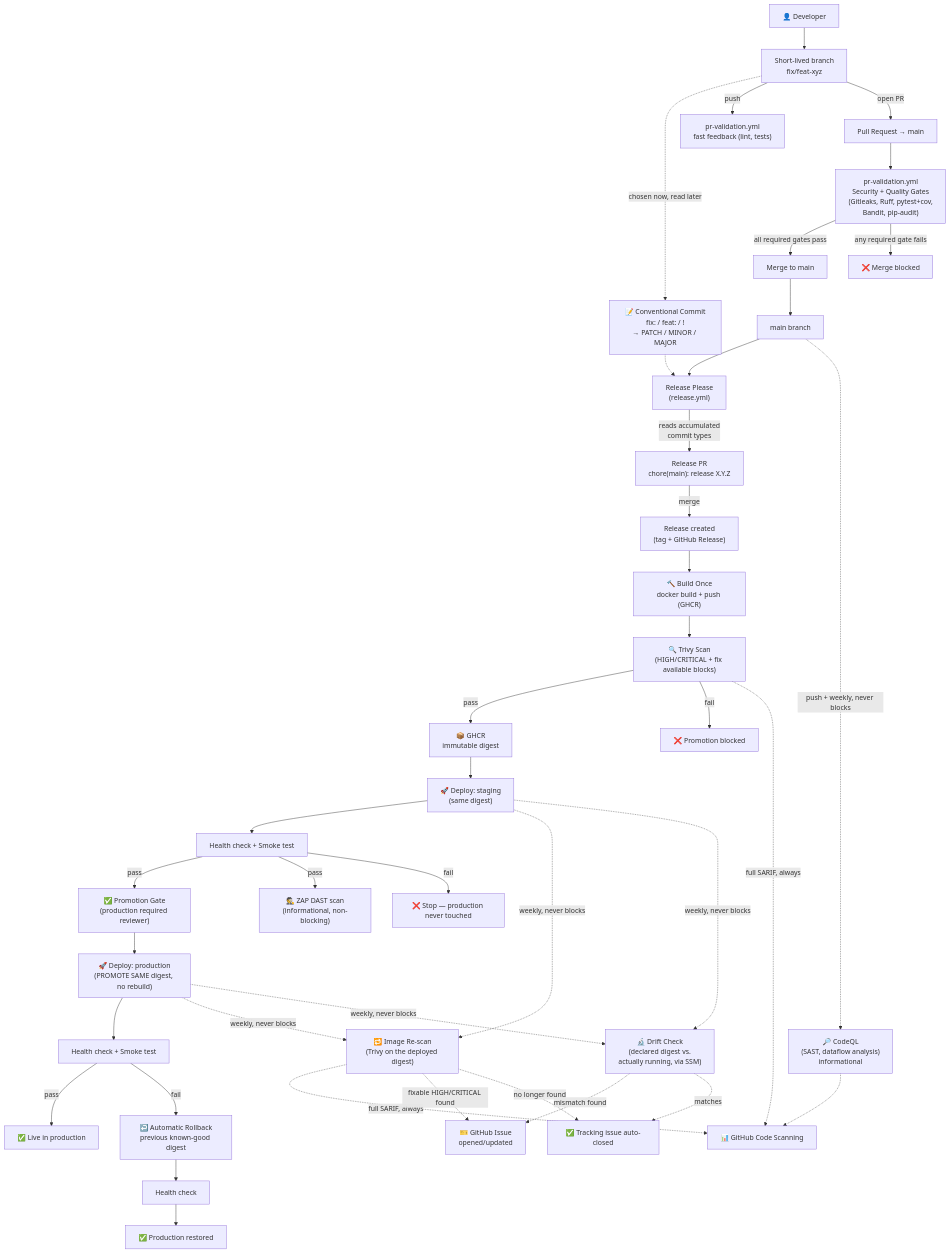
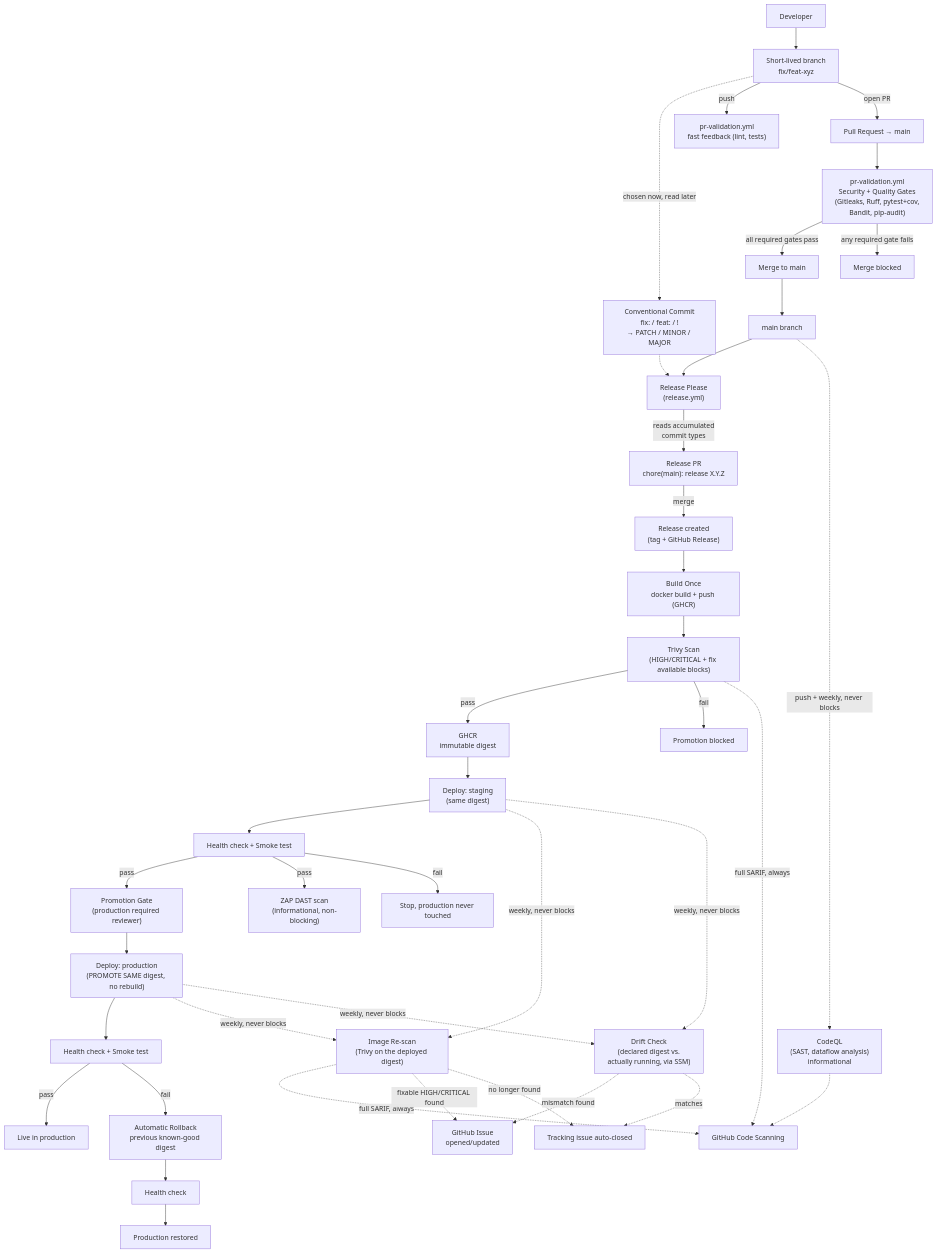
One commit to eazysec/cicd-devsecops-demo changed the diagram in docs/diagrams/pipeline.mmd. Above: the diagram before and after it, drawn with Mermaid. The commit also changed 3 other files, not shown here.

```diff
--- a/docs/diagrams/pipeline.mmd
+++ b/docs/diagrams/pipeline.mmd
@@ -1,43 +1,43 @@
 flowchart TD
-    Dev["👤 Developer"] --> Branch["Short-lived branch\nfix/feat-xyz"]
-    Branch -.->|chosen now, read later| CommitType["📝 Conventional Commit\nfix: / feat: / !\n→ PATCH / MINOR / MAJOR"]
+    Dev["Developer"] --> Branch["Short-lived branch\nfix/feat-xyz"]
+    Branch -.->|chosen now, read later| CommitType["Conventional Commit\nfix: / feat: / !\n→ PATCH / MINOR / MAJOR"]
     CommitType -.-> RP
     Branch -->|push| FastFeedback["pr-validation.yml\nfast feedback (lint, tests)"]
     Branch -->|open PR| PR["Pull Request → main"]
     PR --> Gates["pr-validation.yml\nSecurity + Quality Gates\n(Gitleaks, Ruff, pytest+cov,\nBandit, pip-audit)"]
     Gates -->|all required gates pass| Merge["Merge to main"]
-    Gates -->|any required gate fails| Blocked["❌ Merge blocked"]
+    Gates -->|any required gate fails| Blocked["Merge blocked"]
     Merge --> Main["main branch"]
     Main --> RP["Release Please\n(release.yml)"]
     RP -->|reads accumulated\ncommit types| ReleasePR["Release PR\nchore(main): release X.Y.Z"]
     ReleasePR -->|merge| Release["Release created\n(tag + GitHub Release)"]
-    Release --> BuildOnce["🔨 Build Once\ndocker build + push (GHCR)"]
-    BuildOnce --> Scan["🔍 Trivy Scan\n(HIGH/CRITICAL + fix available blocks)"]
-    Scan -->|pass| Registry["📦 GHCR\nimmutable digest"]
-    Scan -->|fail| ScanBlocked["❌ Promotion blocked"]
-    Scan -.->|full SARIF, always| CodeScanning["📊 GitHub Code Scanning"]
-    Registry --> Staging["🚀 Deploy: staging\n(same digest)"]
+    Release --> BuildOnce["Build Once\ndocker build + push (GHCR)"]
+    BuildOnce --> Scan["Trivy Scan\n(HIGH/CRITICAL + fix available blocks)"]
+    Scan -->|pass| Registry["GHCR\nimmutable digest"]
+    Scan -->|fail| ScanBlocked["Promotion blocked"]
+    Scan -.->|full SARIF, always| CodeScanning["GitHub Code Scanning"]
+    Registry --> Staging["Deploy: staging\n(same digest)"]
     Staging --> VerifyStaging["Health check + Smoke test"]
-    VerifyStaging -->|pass| PromotionGate["✅ Promotion Gate\n(production required reviewer)"]
-    VerifyStaging -->|pass| ZAP["🕵️ ZAP DAST scan\n(informational, non-blocking)"]
-    VerifyStaging -->|fail| StagingFail["❌ Stop — production never touched"]
-    PromotionGate --> Production["🚀 Deploy: production\n(PROMOTE SAME digest, no rebuild)"]
+    VerifyStaging -->|pass| PromotionGate["Promotion Gate\n(production required reviewer)"]
+    VerifyStaging -->|pass| ZAP["ZAP DAST scan\n(informational, non-blocking)"]
+    VerifyStaging -->|fail| StagingFail["Stop, production never touched"]
+    PromotionGate --> Production["Deploy: production\n(PROMOTE SAME digest, no rebuild)"]
     Production --> VerifyProd["Health check + Smoke test"]
-    VerifyProd -->|pass| Done["✅ Live in production"]
-    VerifyProd -->|fail| Rollback["↩️ Automatic Rollback\nprevious known-good digest"]
+    VerifyProd -->|pass| Done["Live in production"]
+    VerifyProd -->|fail| Rollback["Automatic Rollback\nprevious known-good digest"]
     Rollback --> RollbackVerify["Health check"]
-    RollbackVerify --> Restored["✅ Production restored"]
+    RollbackVerify --> Restored["Production restored"]
 
-    Main -.->|push + weekly, never blocks| CodeQL["🔎 CodeQL\n(SAST, dataflow analysis)\ninformational"]
+    Main -.->|push + weekly, never blocks| CodeQL["CodeQL\n(SAST, dataflow analysis)\ninformational"]
     CodeQL -.-> CodeScanning
 
-    Staging -.->|weekly, never blocks| Rescan["🔁 Image Re-scan\n(Trivy on the deployed digest)"]
+    Staging -.->|weekly, never blocks| Rescan["Image Re-scan\n(Trivy on the deployed digest)"]
     Production -.->|weekly, never blocks| Rescan
     Rescan -.->|full SARIF, always| CodeScanning
-    Rescan -.->|fixable HIGH/CRITICAL found| Issue["🎫 GitHub Issue\nopened/updated"]
-    Rescan -.->|no longer found| IssueClosed["✅ Tracking issue auto-closed"]
+    Rescan -.->|fixable HIGH/CRITICAL found| Issue["GitHub Issue\nopened/updated"]
+    Rescan -.->|no longer found| IssueClosed["Tracking issue auto-closed"]
 
-    Staging -.->|weekly, never blocks| Drift["🔬 Drift Check\n(declared digest vs.\nactually running, via SSM)"]
+    Staging -.->|weekly, never blocks| Drift["Drift Check\n(declared digest vs.\nactually running, via SSM)"]
     Production -.->|weekly, never blocks| Drift
     Drift -.->|mismatch found| Issue
     Drift -.->|matches| IssueClosed
```
